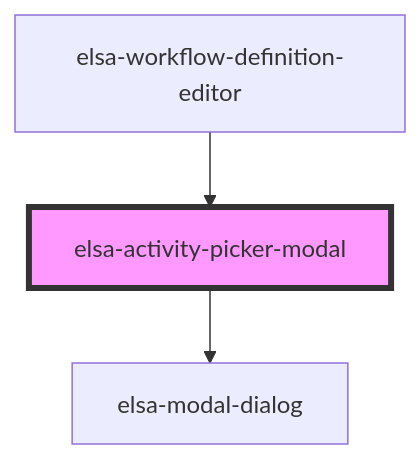
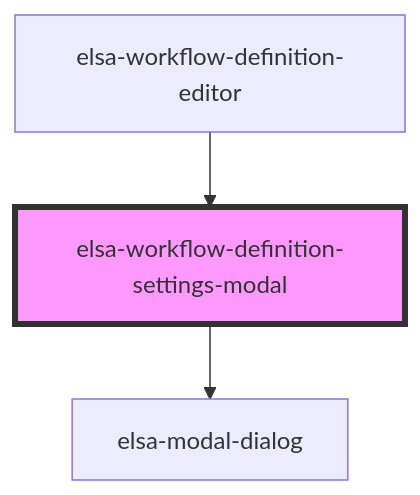
One commit to elsa-workflows/elsa-core changed the diagram in src/designer/elsa-workflows-studio/src/components/studio/elsa-workflow-definition-settings-modal/readme.md. Above: the diagram before and after it, drawn with Mermaid. The commit also changed other lines of this file and 22 other files, not shown here.

````diff
--- a/src/designer/elsa-workflows-studio/src/components/studio/elsa-workflow-definition-settings-modal/readme.md
+++ b/src/designer/elsa-workflows-studio/src/components/studio/elsa-workflow-definition-settings-modal/readme.md
@@ -19,6 +26,6 @@
 ```mermaid
 graph TD;
-  elsa-activity-picker-modal --> elsa-modal-dialog
-  elsa-workflow-definition-editor --> elsa-activity-picker-modal
-  style elsa-activity-picker-modal fill:#f9f,stroke:#333,stroke-width:4px
+  elsa-workflow-definition-settings-modal --> elsa-modal-dialog
+  elsa-workflow-definition-editor --> elsa-workflow-definition-settings-modal
+  style elsa-workflow-definition-settings-modal fill:#f9f,stroke:#333,stroke-width:4px
 ```
````
